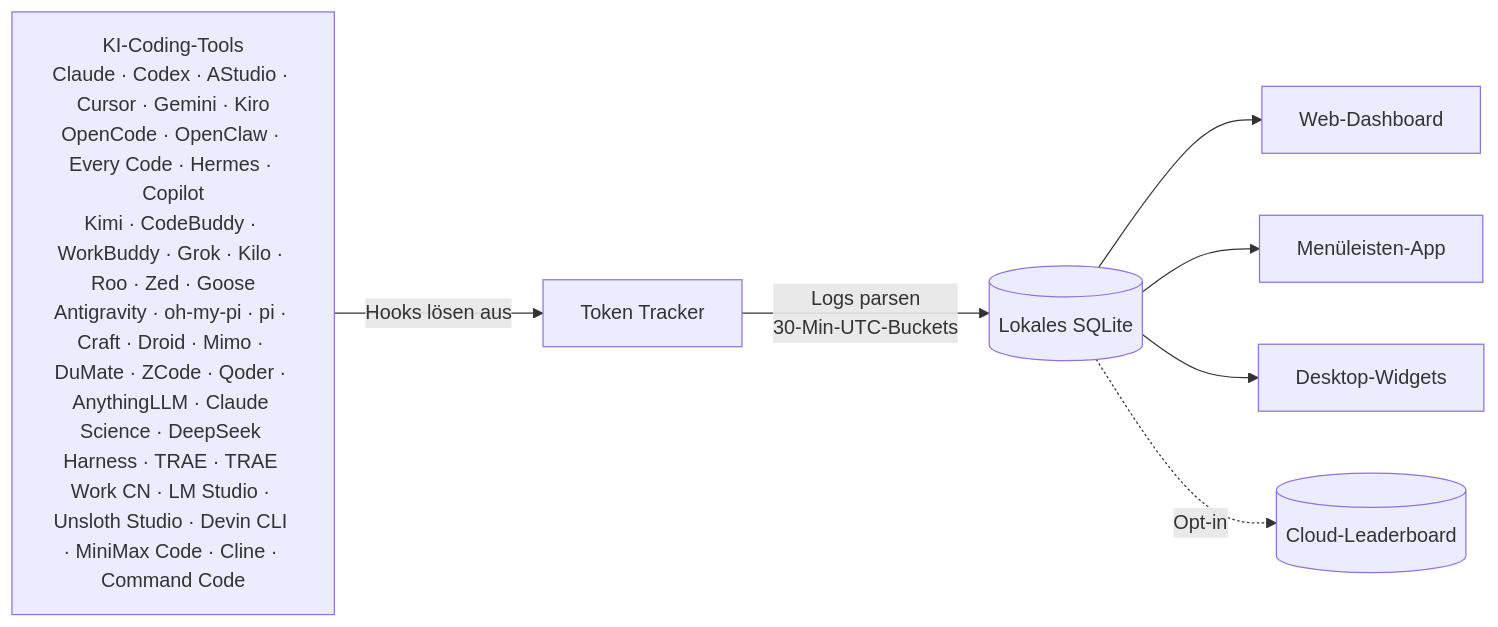
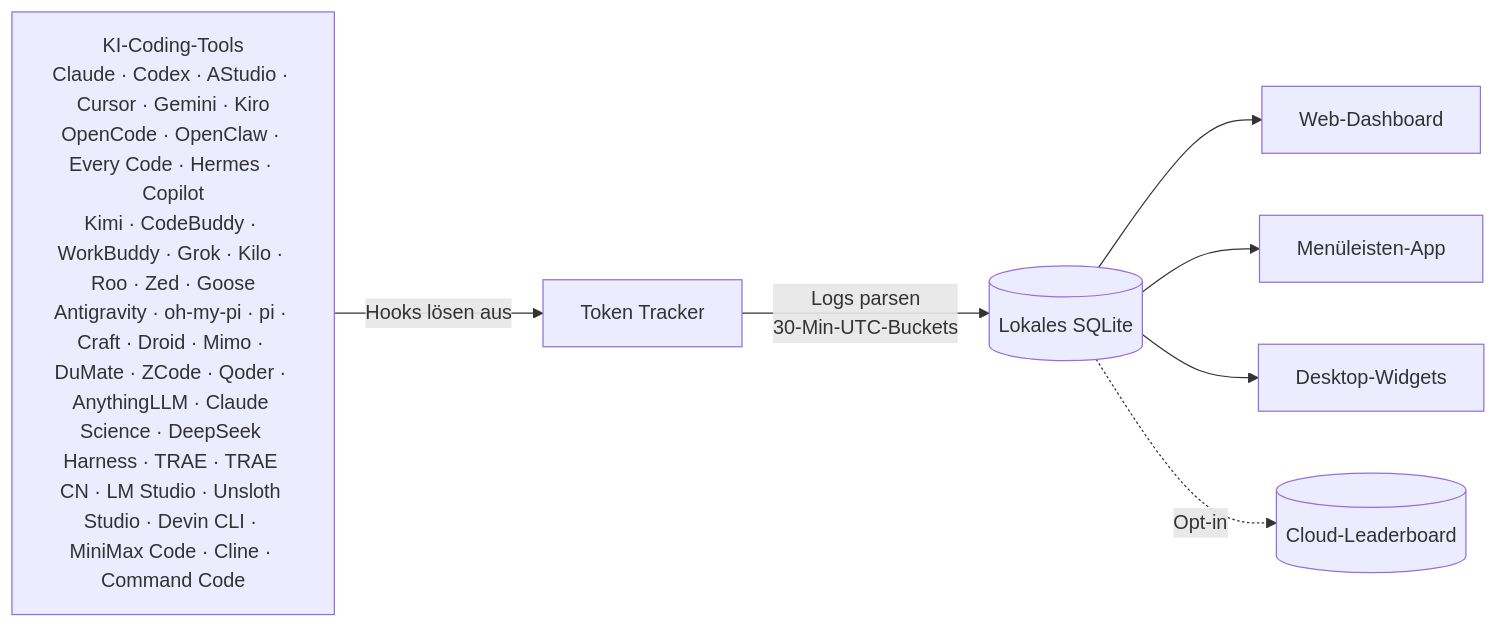
The diagram in README.de.md (01UNCLEDOG01/TokenTracker-Plus), drawn with Mermaid before and after one commit. The commit also changed other lines of this file and 25 other files, not shown here.

First line of the commit message:
fix(account-view): reprice per-model costs, and rename TRAE Work CN to TRAE CN

````diff
--- a/README.de.md
+++ b/README.de.md
@@ -249,10 +249,10 @@
 ```mermaid
 flowchart LR
-    A["KI-Coding-Tools<br/>Claude · Codex · AStudio · Cursor · Gemini · Kiro<br/>OpenCode · OpenClaw · Every Code · Hermes · Copilot<br/>Kimi · CodeBuddy · WorkBuddy · Grok · Kilo · Roo · Zed · Goose<br/>Antigravity · oh-my-pi · pi · Craft · Droid · Mimo · DuMate · ZCode · Qoder · AnythingLLM · Claude Science · DeepSeek Harness · TRAE · TRAE Work CN · LM Studio · Unsloth Studio · Devin CLI · MiniMax Code · Cline · Command Code"]
+    A["KI-Coding-Tools<br/>Claude · Codex · AStudio · Cursor · Gemini · Kiro<br/>OpenCode · OpenClaw · Every Code · Hermes · Copilot<br/>Kimi · CodeBuddy · WorkBuddy · Grok · Kilo · Roo · Zed · Goose<br/>Antigravity · oh-my-pi · pi · Craft · Droid · Mimo · DuMate · ZCode · Qoder · AnythingLLM · Claude Science · DeepSeek Harness · TRAE · TRAE CN · LM Studio · Unsloth Studio · Devin CLI · MiniMax Code · Cline · Command Code"]
     A -->|Hooks lösen aus| B[Token Tracker]
     B -->|Logs parsen<br/>30-Min-UTC-Buckets| C[(Lokales SQLite)]
     C --> D[Web-Dashboard]
     C --> E[Menüleisten-App]
     C --> F[Desktop-Widgets]
     C -.->|Opt-in| G[(Cloud-Leaderboard)]
 ```
````
